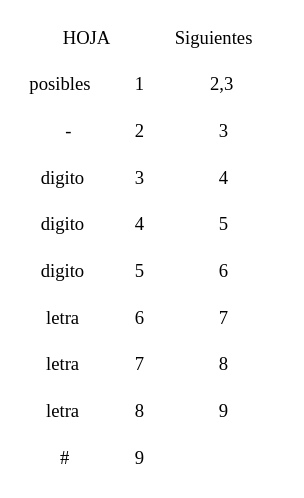
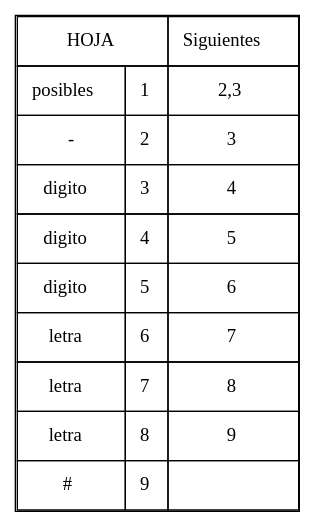
The diagram in [OLC1]201903872_Proyecto1/SIGUIENTES_201903872/Pl.dot (AaronGMG2000/-OLC1-Proyecto1), drawn with Graphviz before and after one commit. The commit also changed 75 other files, not shown here.

```diff
--- a/[OLC1]201903872_Proyecto1/SIGUIENTES_201903872/Pl.dot
+++ b/[OLC1]201903872_Proyecto1/SIGUIENTES_201903872/Pl.dot
@@ -1,57 +1,57 @@
 digraph grafica{
 rankdir=LR;
 forcelabels= true;
 node [shape = plain];
-nodo36 [label = <<table border = '0' cellboder = '1' cellspacing='0' cellpadding='10'>
+nodo36 [label = <<table border = '1' cellboder = '1' cellspacing='0' cellpadding='10'>
 <tr>
 <td COLSPAN='2'>HOJA</td>
 <td>Siguientes</td>
 </tr>
 <tr>
 <td>posibles</td>
 <td>1</td>
 <td>2,3</td>
 </tr>
 <tr>
 <td>-</td>
 <td>2</td>
 <td>3</td>
 </tr>
 <tr>
 <td>digito</td>
 <td>3</td>
 <td>4</td>
 </tr>
 <tr>
 <td>digito</td>
 <td>4</td>
 <td>5</td>
 </tr>
 <tr>
 <td>digito</td>
 <td>5</td>
 <td>6</td>
 </tr>
 <tr>
 <td>letra</td>
 <td>6</td>
 <td>7</td>
 </tr>
 <tr>
 <td>letra</td>
 <td>7</td>
 <td>8</td>
 </tr>
 <tr>
 <td>letra</td>
 <td>8</td>
 <td>9</td>
 </tr>
 <tr>
 <td>#</td>
 <td>9</td>
 <td></td>
 </tr>
 </table>>];
 
 }
```
